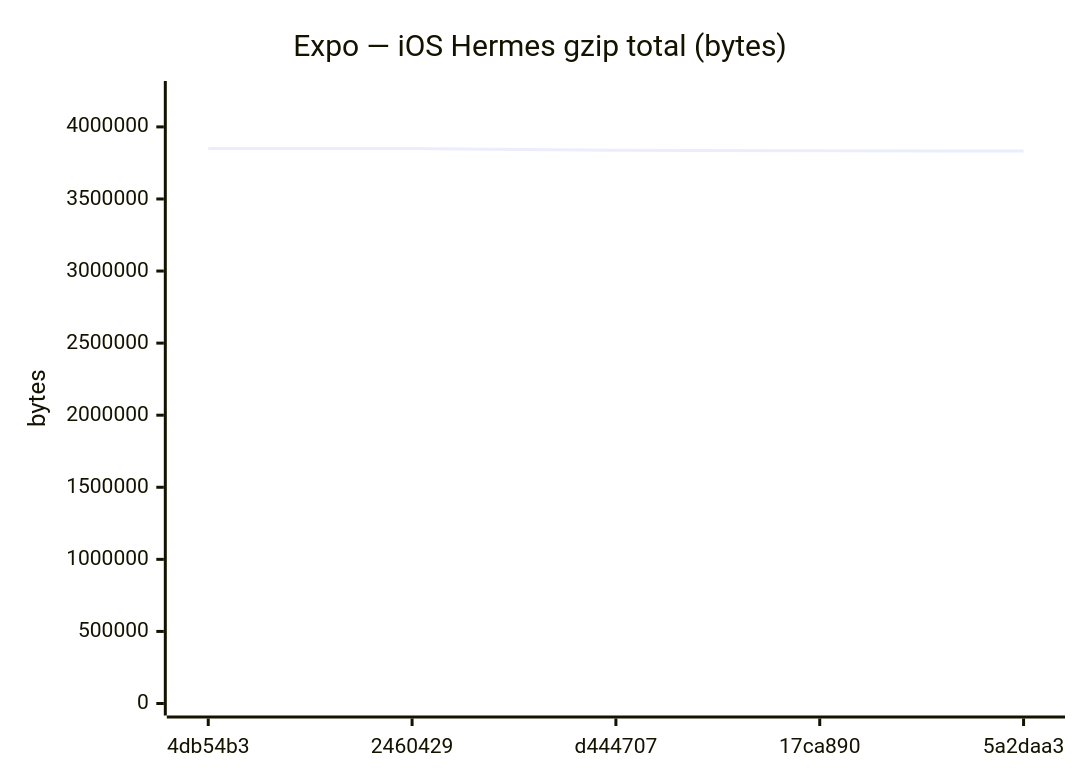
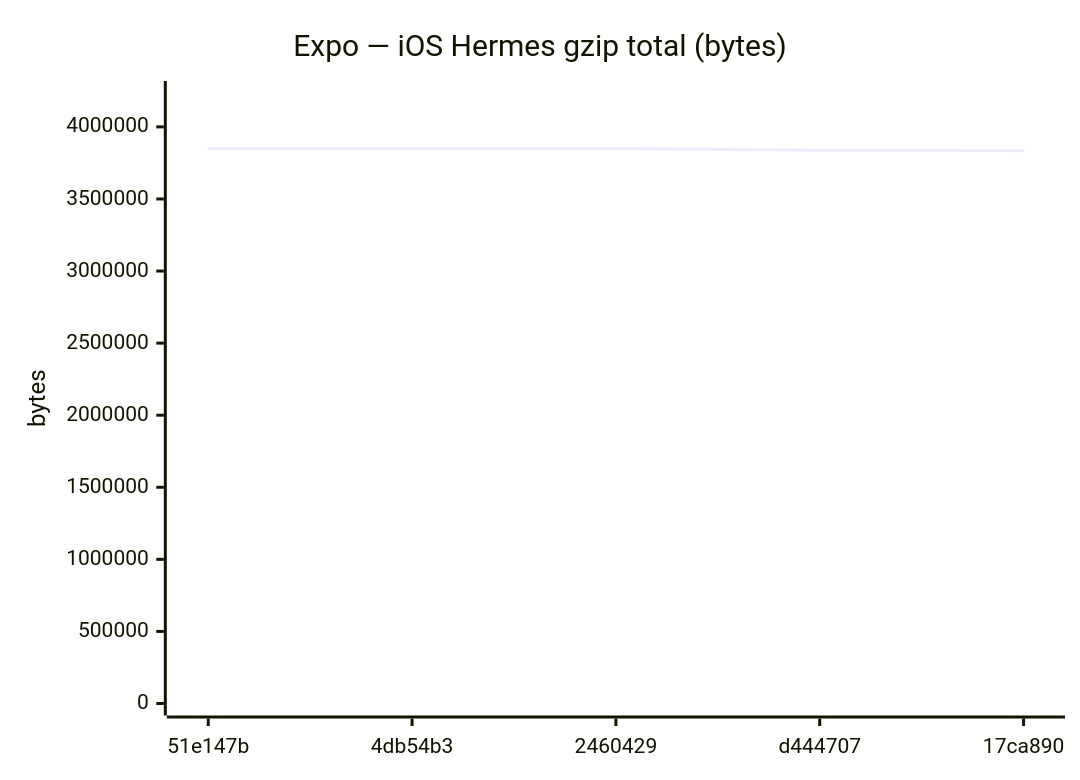
Before and after one commit to Metaheurist/Rianell: diagram 12 of 18 in benchmarks/compare.md, drawn with Mermaid. The commit also changed other lines of this file and 11 other files, not shown here.

````diff
--- a/benchmarks/compare.md
+++ b/benchmarks/compare.md
@@ -179,7 +179,7 @@
 ```mermaid
 xychart-beta
     title "Expo — iOS Hermes gzip total (bytes)"
-    x-axis ["4db54b3", "2460429", "d444707", "17ca890", "5a2daa3"]
+    x-axis ["51e147b", "4db54b3", "2460429", "d444707", "17ca890"]
     y-axis "bytes" 0 --> 4235116
-    line [3850105, 3850104, 3837764, 3833771, 3832292]
+    line [3850105, 3850105, 3850104, 3837764, 3833771]
 ```
````
